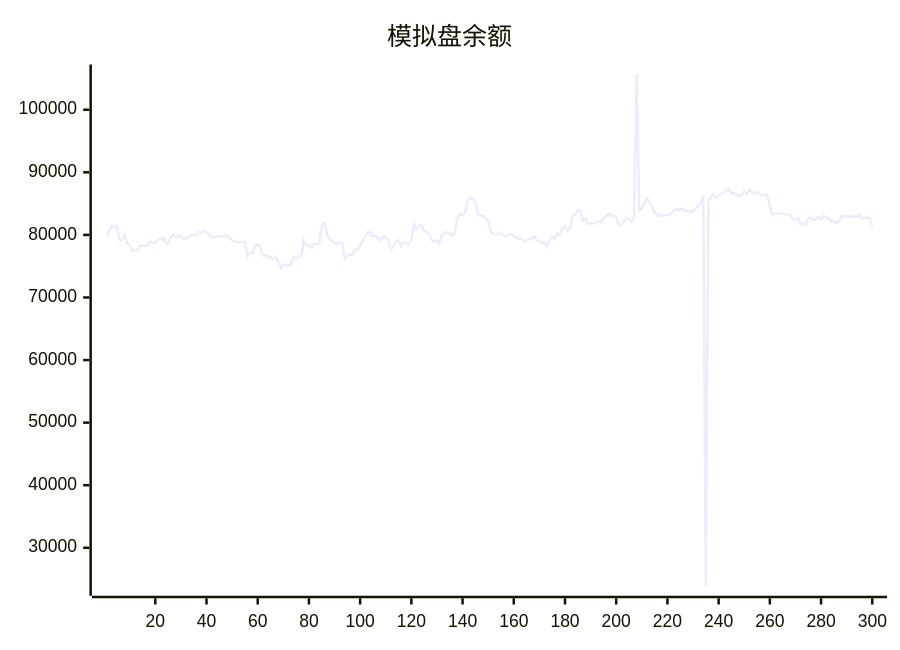
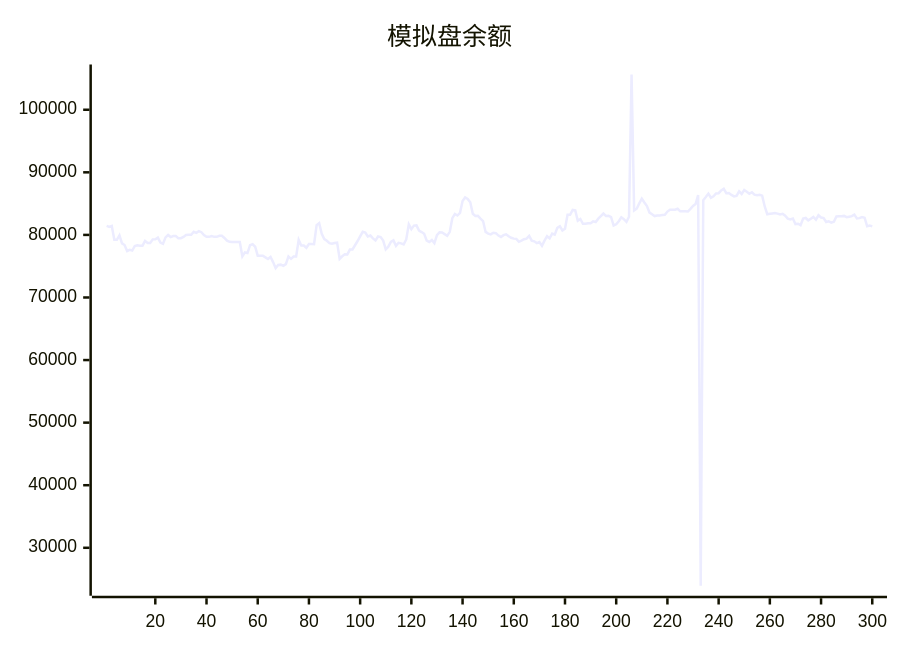
Before and after one commit to aahl/ai-trading: the diagram in README.md, drawn with Mermaid. The commit also changed other lines of this file and 1 other file, not shown here.

````diff
--- a/README.md
+++ b/README.md
@@ -5,5 +5,5 @@
 ```mermaid
 xychart
     title "模拟盘余额"
-    line [79624,80670,81448,81290,81429,79212,79222,79940,78643,78380,77432,77623,77504,78235,78358,78284,78277,79048,78714,78714,79290,79308,79567,78763,78563,79603,79988,79652,79813,79813,79476,79469,79673,79995,80015,80015,80486,80314,80600,80436,79966,79689,79689,79819,79692,79692,79850,79850,79518,79071,78889,78850,78850,78878,78878,76554,77202,77103,78357,78510,78106,76678,76677,76672,76411,76159,76485,75656,74695,75197,75246,75052,75334,76564,76179,76553,76551,79196,78300,78300,77944,78531,78531,78521,81564,81884,80160,79335,79055,78675,78580,78708,78764,76179,76586,76902,76876,77658,77669,78346,79023,79769,80497,80366,79761,79896,79448,79126,79749,79658,79097,77695,78114,78888,79126,78249,78738,78653,78478,79271,81680,80923,81488,81527,80681,80455,80190,79084,78879,79193,78686,79954,80403,80374,80118,79848,80491,82665,83351,83098,83525,85430,85983,85737,85221,83378,83014,83043,82613,82216,80477,80208,80081,80348,80277,79894,79670,79965,80093,79786,79542,79406,79371,78893,79087,79304,79406,79841,79072,78978,78696,78846,78272,79085,79787,79442,80198,80031,81120,81379,80718,80985,83214,83212,83993,83921,82270,82547,81776,81776,81866,81866,82158,82061,82596,83000,83408,83041,83050,82858,81503,81691,82188,82812,82517,82092,82901,105633,83898,84180,85030,85781,85178,84604,83569,83298,83008,83093,83107,83175,83228,83729,84025,84017,84019,84177,83775,83762,83785,83738,84160,84639,84939,86370,23934,85548,86046,86599,85942,86161,86622,86664,87115,87369,86666,86685,86384,86152,86243,86969,86548,87164,86885,86566,86809,86427,86348,86417,86273,84538,83299,83369,83430,83490,83404,83270,83362,83056,82605,82459,82614,81734,81788,81551,82598,82702,82320,82580,82878,82426,83139,82778,82686,82056,82166,81963,82110,82951,82983,82984,83038,82838,82915,82998,83235,82642,82682,82858,82746,81396]
+    line [81448,81290,81429,79212,79222,79940,78643,78380,77432,77623,77504,78235,78358,78284,78277,79048,78714,78714,79290,79308,79567,78763,78563,79603,79988,79652,79813,79813,79476,79469,79673,79995,80015,80015,80486,80314,80600,80436,79966,79689,79689,79819,79692,79692,79850,79850,79518,79071,78889,78850,78850,78878,78878,76554,77202,77103,78357,78510,78106,76678,76677,76672,76411,76159,76485,75656,74695,75197,75246,75052,75334,76564,76179,76553,76551,79196,78300,78300,77944,78531,78531,78521,81564,81884,80160,79335,79055,78675,78580,78708,78764,76179,76586,76902,76876,77658,77669,78346,79023,79769,80497,80366,79761,79896,79448,79126,79749,79658,79097,77695,78114,78888,79126,78249,78738,78653,78478,79271,81680,80923,81488,81527,80681,80455,80190,79084,78879,79193,78686,79954,80403,80374,80118,79848,80491,82665,83351,83098,83525,85430,85983,85737,85221,83378,83014,83043,82613,82216,80477,80208,80081,80348,80277,79894,79670,79965,80093,79786,79542,79406,79371,78893,79087,79304,79406,79841,79072,78978,78696,78846,78272,79085,79787,79442,80198,80031,81120,81379,80718,80985,83214,83212,83993,83921,82270,82547,81776,81776,81866,81866,82158,82061,82596,83000,83408,83041,83050,82858,81503,81691,82188,82812,82517,82092,82901,105633,83898,84180,85030,85781,85178,84604,83569,83298,83008,83093,83107,83175,83228,83729,84025,84017,84019,84177,83775,83762,83785,83738,84160,84639,84939,86370,23934,85548,86046,86599,85942,86161,86622,86664,87115,87369,86666,86685,86384,86152,86243,86969,86548,87164,86885,86566,86809,86427,86348,86417,86273,84538,83299,83369,83430,83490,83404,83270,83362,83056,82605,82459,82614,81734,81788,81551,82598,82702,82320,82580,82878,82426,83139,82778,82686,82056,82166,81963,82110,82951,82983,82984,83038,82838,82915,82998,83235,82642,82682,82858,82746,81396,81512,81362]
 ```
````
